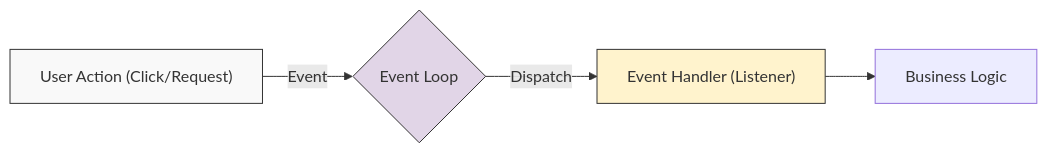
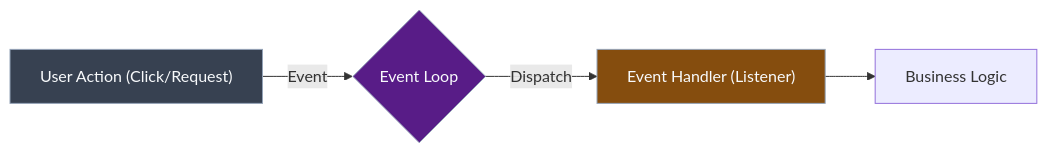
The second of 2 diagrams in _posts/java/10-내부_클래스,익명_객체,패키지/2026-01-26-10-개요.md (Kang-Hyesung/kang-hyesung.github.io), drawn with Mermaid before and after one commit. The commit also changed other lines of this file and 74 other files, not shown here.

Commit message:
docs: update post visibility and mermaid colors

````diff
--- a/_posts/java/10-내부_클래스,익명_객체,패키지/2026-01-26-10-개요.md
+++ b/_posts/java/10-내부_클래스,익명_객체,패키지/2026-01-26-10-개요.md
@@ -107,11 +107,11 @@
 ```mermaid
 graph LR
     User["User Action (Click/Request)"] -->|Event| Loop{"Event Loop"}
     Loop -->|Dispatch| Handler["Event Handler (Listener)"]
     Handler --> Logic["Business Logic"]
 
-    style User fill:#f9f9f9,stroke:#333
-    style Loop fill:#e1d5e7,stroke:#333
-    style Handler fill:#fff3cd,stroke:#333
+    style User fill:#374151,stroke:#94a3b8,color:#f8fafc
+    style Loop fill:#581c87,stroke:#94a3b8,color:#f8fafc
+    style Handler fill:#854d0e,stroke:#94a3b8,color:#f8fafc
 
 ```
````
